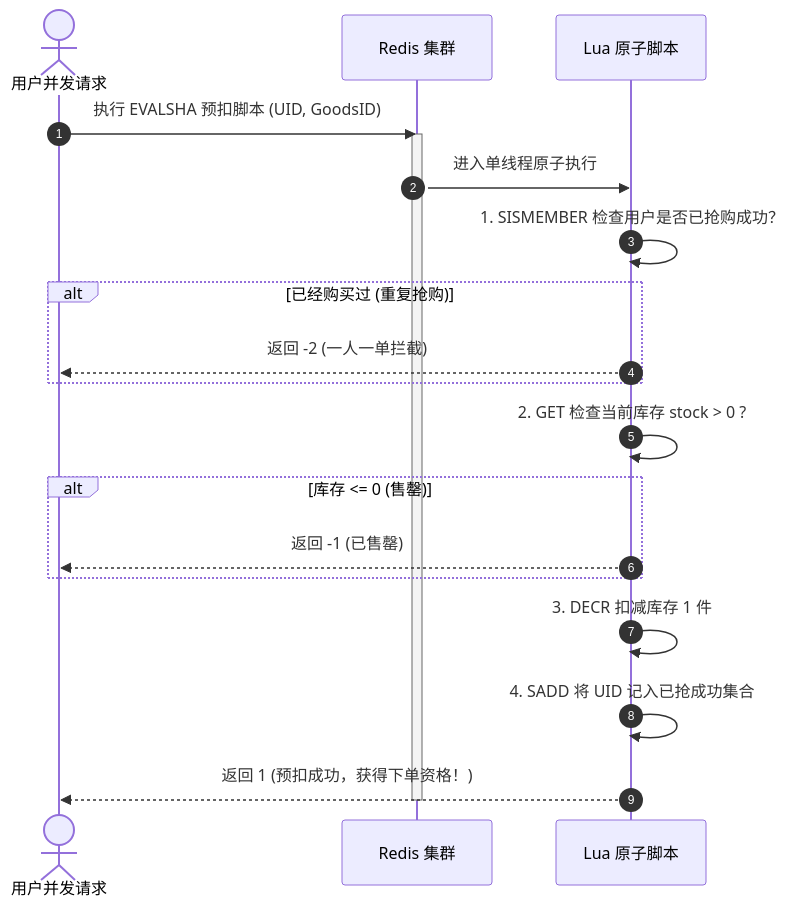
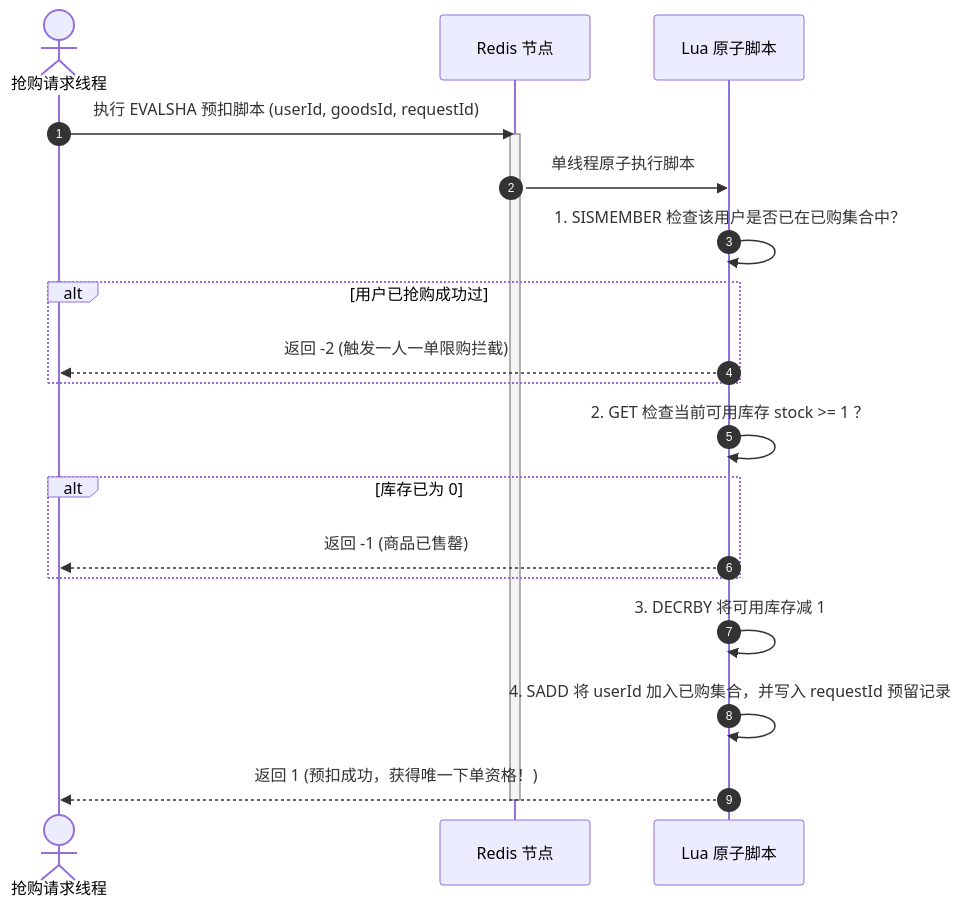
Before and after one commit to GuoWWWX/knowledge-base: the second of 4 diagrams in 20-Java后端/08-系统设计/04-秒杀系统设计.md, drawn with Mermaid. The commit also changed other lines of this file and 251 other files, not shown here.

````diff
--- a/20-Java后端/08-系统设计/04-秒杀系统设计.md
+++ b/20-Java后端/08-系统设计/04-秒杀系统设计.md
@@ -72,23 +83,23 @@
 ```mermaid
 sequenceDiagram
     autonumber
-    actor User as 用户并发请求
-    participant Redis as Redis 集群
+    actor User as 抢购请求线程
+    participant Redis as Redis 节点
     participant Lua as Lua 原子脚本
 
-    User->>Redis: 执行 EVALSHA 预扣脚本 (UID, GoodsID)
+    User->>Redis: 执行 EVALSHA 预扣脚本 (userId, goodsId, requestId)
     activate Redis
-    Redis->>Lua: 进入单线程原子执行
-    Lua->>Lua: 1. SISMEMBER 检查用户是否已抢购成功？
-    alt 已经购买过 (重复抢购)
-        Lua-->>User: 返回 -2 (一人一单拦截)
+    Redis->>Lua: 单线程原子执行脚本
+    Lua->>Lua: 1. SISMEMBER 检查该用户是否已在已购集合中？
+    alt 用户已抢购成功过
+        Lua-->>User: 返回 -2 (触发一人一单限购拦截)
     end
-    Lua->>Lua: 2. GET 检查当前库存 stock > 0 ?
-    alt 库存 <= 0 (售罄)
-        Lua-->>User: 返回 -1 (已售罄)
+    Lua->>Lua: 2. GET 检查当前可用库存 stock >= 1 ？
+    alt 库存已为 0
+        Lua-->>User: 返回 -1 (商品已售罄)
     end
-    Lua->>Lua: 3. DECR 扣减库存 1 件
-    Lua->>Lua: 4. SADD 将 UID 记入已抢成功集合
-    Lua-->>User: 返回 1 (预扣成功，获得下单资格！)
+    Lua->>Lua: 3. DECRBY 将可用库存减 1
+    Lua->>Lua: 4. SADD 将 userId 加入已购集合，并写入 requestId 预留记录
+    Lua-->>User: 返回 1 (预扣成功，获得唯一下单资格！)
     deactivate Redis
 ```
````
